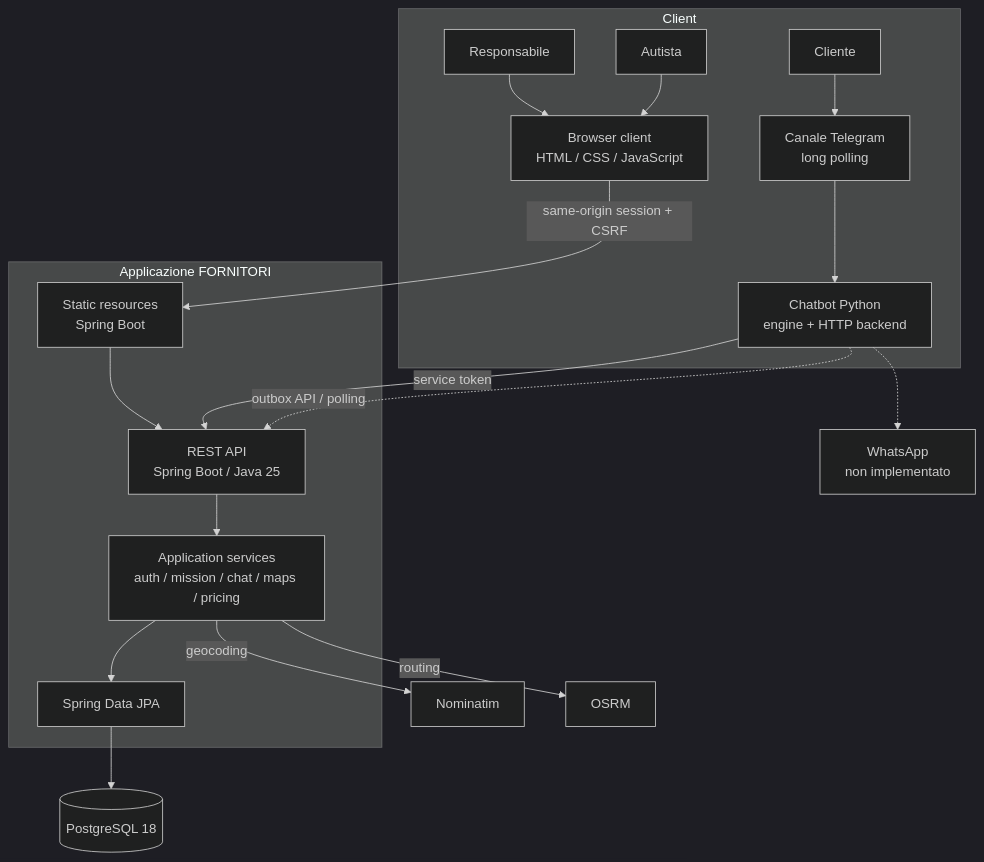
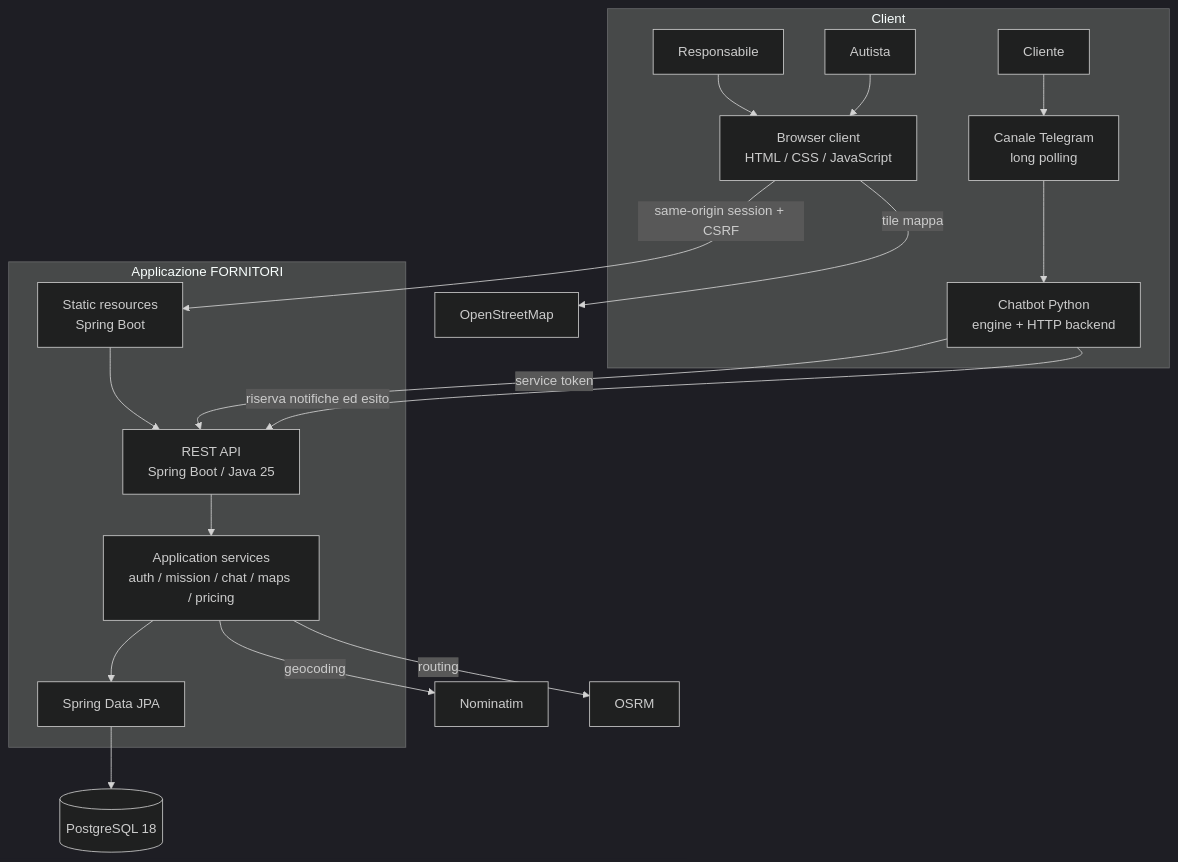
One commit to coluccimarco/fornitori-soccorso changed the diagram in docs/diagrams/container.mmd. Above: the diagram before and after it, drawn with Mermaid (dark theme). The commit also changed 75 other files, not shown here.

```diff
--- a/docs/diagrams/container.mmd
+++ b/docs/diagrams/container.mmd
@@ -1,32 +1,31 @@
-%% Container view: solid lines are present in code; dotted lines are not integrated.
+%% Container view.
 flowchart TB
     subgraph Client["Client"]
         Ops["Responsabile"]
         Driver["Autista"]
         Customer["Cliente"]
         Web["Browser client<br/>HTML / CSS / JavaScript"]
         Bot["Chatbot Python<br/>engine + HTTP backend"]
         Telegram["Canale Telegram<br/>long polling"]
     end
     subgraph App["Applicazione FORNITORI"]
         Static["Static resources<br/>Spring Boot"]
         API["REST API<br/>Spring Boot / Java 25"]
         Service["Application services<br/>auth / mission / chat / maps / pricing"]
         Persistence["Spring Data JPA"]
     end
     DB[("PostgreSQL 18")]
     Geocoder["Nominatim"]
     Router["OSRM"]
-    WhatsApp["WhatsApp<br/>non implementato"]
     Ops --> Web
+    Web -->|"tile mappa"| OSM["OpenStreetMap"]
     Driver --> Web
     Web -->|"same-origin session + CSRF"| Static
     Static --> API
     Customer --> Telegram
     Telegram --> Bot
     Bot -->|"service token"| API
     API --> Service --> Persistence --> DB
     Service -->|"geocoding"| Geocoder
     Service -->|"routing"| Router
-    Bot -. "outbox API / polling" .-> API
-    Bot -.-> WhatsApp
+    Bot -->|"riserva notifiche ed esito"| API
```
